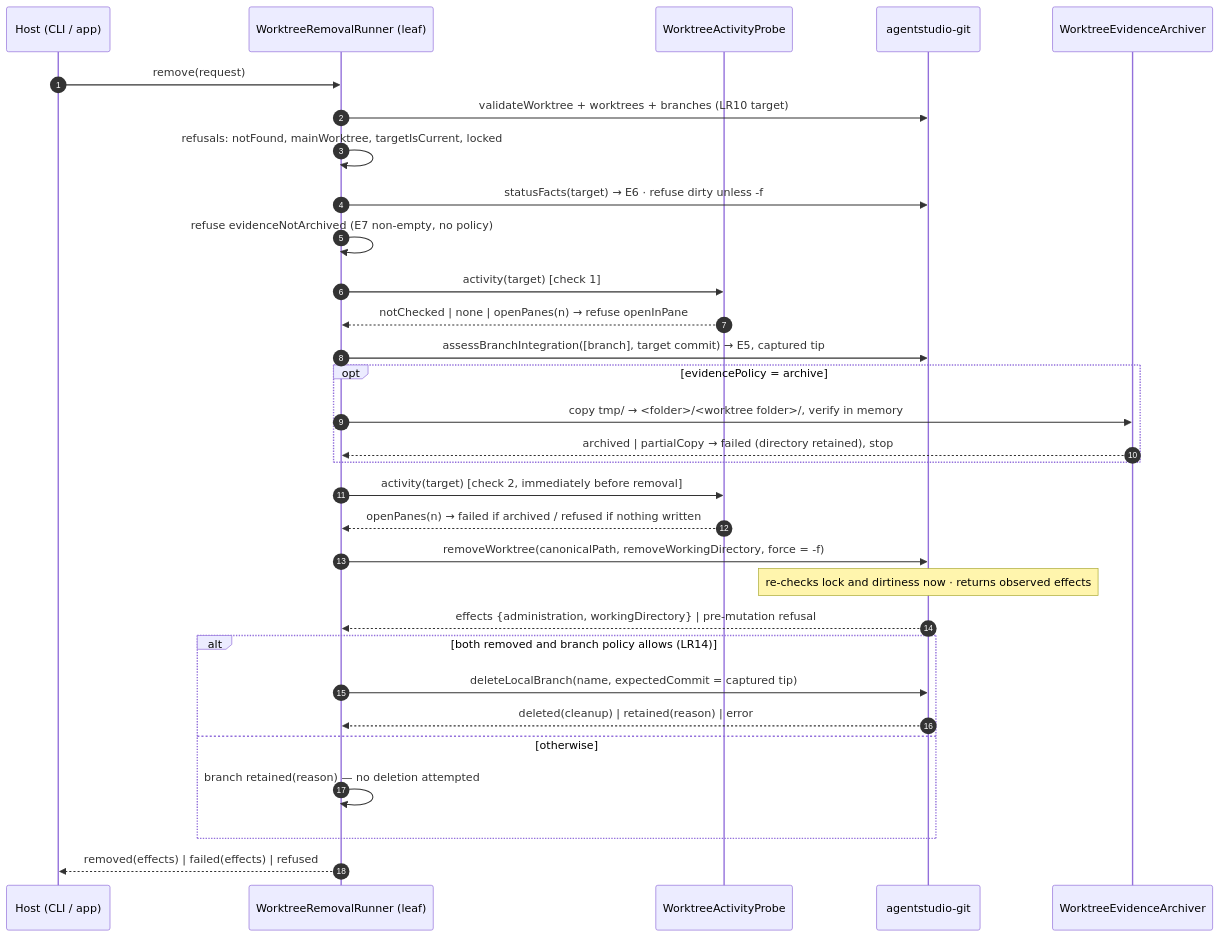
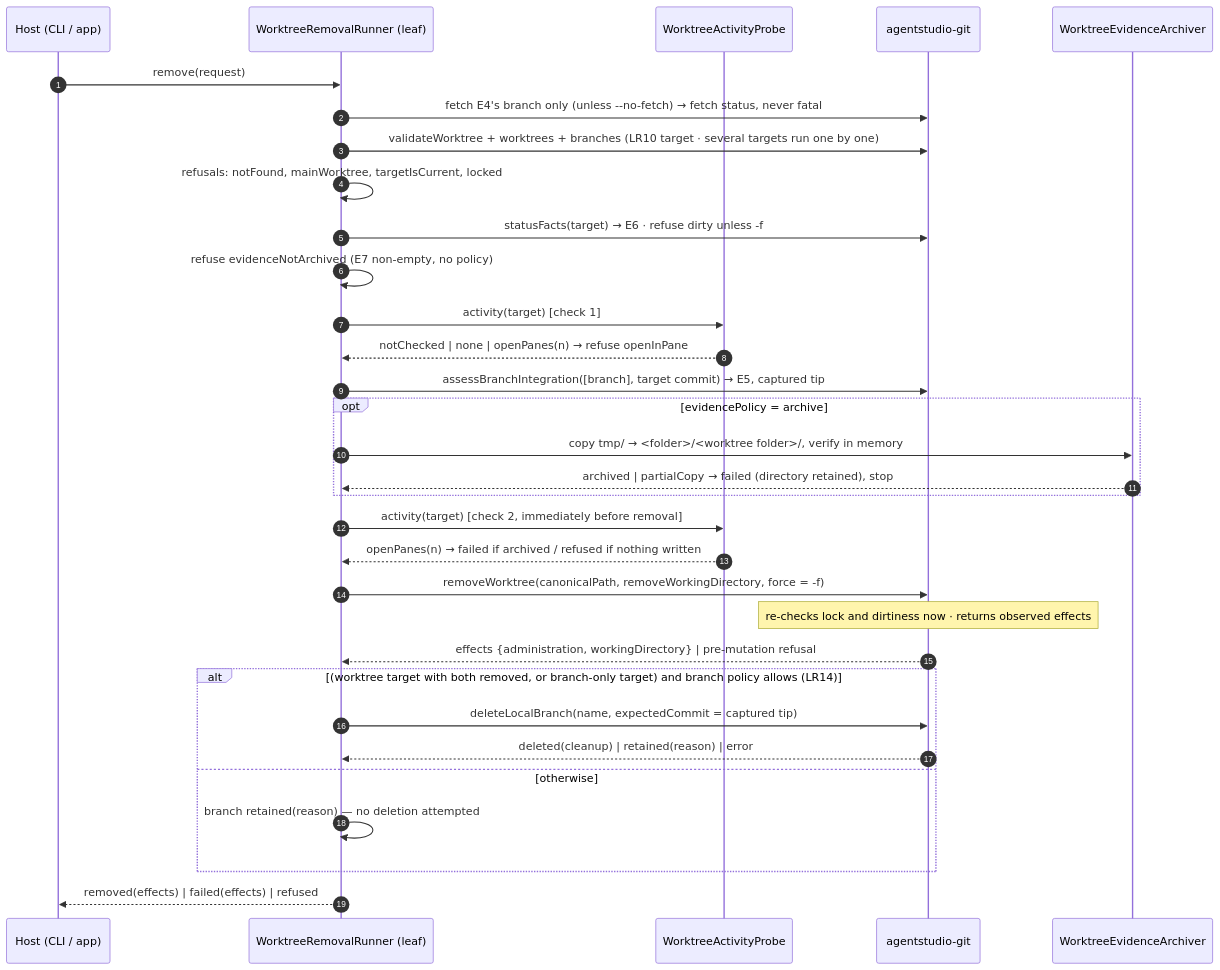
One commit to getagentstudio/agentstudio changed the fifth of 8 diagrams in docs/specs/2026-09-30-worktree-lifecycle/2026-09-30-worktree-lifecycle-program-design.md. Above: the diagram before and after it, drawn with Mermaid. The commit also changed other lines of this file and 2 other files, not shown here.

Commit message:
Make the worktree lifecycle CLI agent-first and close review residuals

````diff
--- a/docs/specs/2026-09-30-worktree-lifecycle/2026-09-30-worktree-lifecycle-program-design.md
+++ b/docs/specs/2026-09-30-worktree-lifecycle/2026-09-30-worktree-lifecycle-program-design.md
@@ -313,33 +414,34 @@
 ```mermaid
 sequenceDiagram
   autonumber
   participant H as Host (CLI / app)
   participant R as WorktreeRemovalRunner (leaf)
   participant P as WorktreeActivityProbe
   participant G as agentstudio-git
   participant A as WorktreeEvidenceArchiver
   H->>R: remove(request)
-  R->>G: validateWorktree + worktrees + branches (LR10 target)
+  R->>G: fetch E4's branch only (unless --no-fetch) → fetch status, never fatal
+  R->>G: validateWorktree + worktrees + branches (LR10 target · several targets run one by one)
   R->>R: refusals: notFound, mainWorktree, targetIsCurrent, locked
   R->>G: statusFacts(target) → E6 · refuse dirty unless -f
   R->>R: refuse evidenceNotArchived (E7 non-empty, no policy)
   R->>P: activity(target)   [check 1]
   P-->>R: notChecked | none | openPanes(n) → refuse openInPane
   R->>G: assessBranchIntegration([branch], target commit) → E5, captured tip
   opt evidencePolicy = archive
     R->>A: copy tmp/ → <folder>/<worktree folder>/, verify in memory
     A-->>R: archived | partialCopy → failed (directory retained), stop
   end
   R->>P: activity(target)   [check 2, immediately before removal]
   P-->>R: openPanes(n) → failed if archived / refused if nothing written
   R->>G: removeWorktree(canonicalPath, removeWorkingDirectory, force = -f)
   Note over G: re-checks lock and dirtiness now · returns observed effects
   G-->>R: effects {administration, workingDirectory} | pre-mutation refusal
-  alt both removed and branch policy allows (LR14)
+  alt (worktree target with both removed, or branch-only target) and branch policy allows (LR14)
     R->>G: deleteLocalBranch(name, expectedCommit = captured tip)
     G-->>R: deleted(cleanup) | retained(reason) | error
   else otherwise
     R->>R: branch retained(reason) — no deletion attempted
   end
   R-->>H: removed(effects) | failed(effects) | refused
 ```
````
